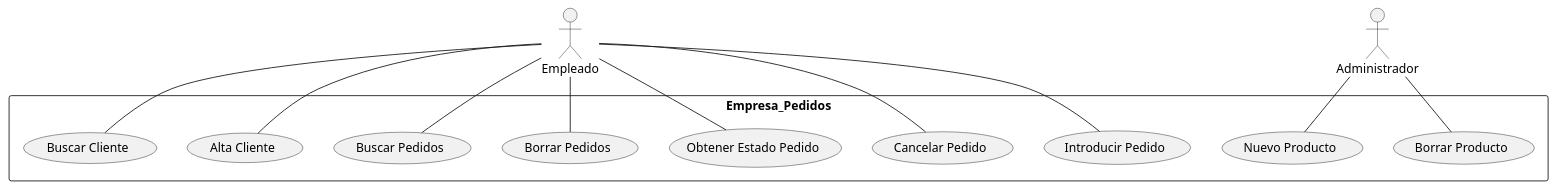
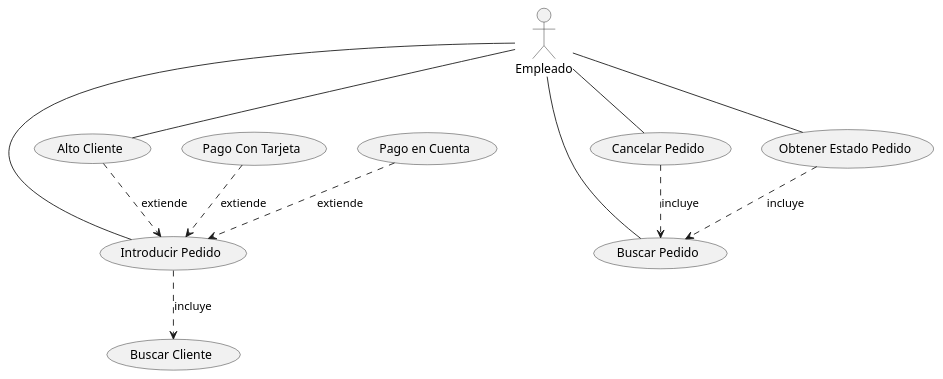
The diagram in src/Test.puml (erentitan4512/Carlos-Arroyo-Galan-Casos-de-Uso-UML2), drawn with PlantUML before and after one commit.

Commit message:
Eight Commit

```diff
--- a/src/Test.puml
+++ b/src/Test.puml
@@ -1,24 +1,14 @@
 @startuml
 :Empleado:
-:Administrador:
-rectangle Empresa_Pedidos {
-  usecase "Introducir Pedido" as C1
-  usecase "Cancelar Pedido" as C2
-  usecase "Obtener Estado Pedido" as C3
-  usecase "Borrar Pedidos" as C4
-  usecase "Buscar Pedidos" as C5
-  usecase "Alta Cliente" as C6
-  usecase "Buscar Cliente" as C7
-  usecase "Nuevo Producto" as C8
-  usecase "Borrar Producto" as C9
-}
-:Empleado: -- C1
-:Empleado: -- C2
-:Empleado: -- C3
-:Empleado: -- C4
-:Empleado: -- C5
-:Empleado: -- C6
-:Empleado: -- C7
-:Administrador: -- C8
-:Administrador: -- C9
+:Empleado: -- (Alto Cliente)
+:Empleado: -- (Introducir Pedido)
+:Empleado: -- (Obtener Estado Pedido)
+:Empleado: -- (Buscar Pedido)
+:Empleado: -- (Cancelar Pedido)
+(Obtener Estado Pedido) ..> (Buscar Pedido) : incluye
+(Cancelar Pedido) ..> (Buscar Pedido) : incluye
+(Alto Cliente) ..> (Introducir Pedido) : extiende
+(Introducir Pedido) ..> (Buscar Cliente) : incluye
+(Pago Con Tarjeta) ..> (Introducir Pedido) : extiende
+(Pago en Cuenta) ..> (Introducir Pedido) : extiende
 @enduml
```
